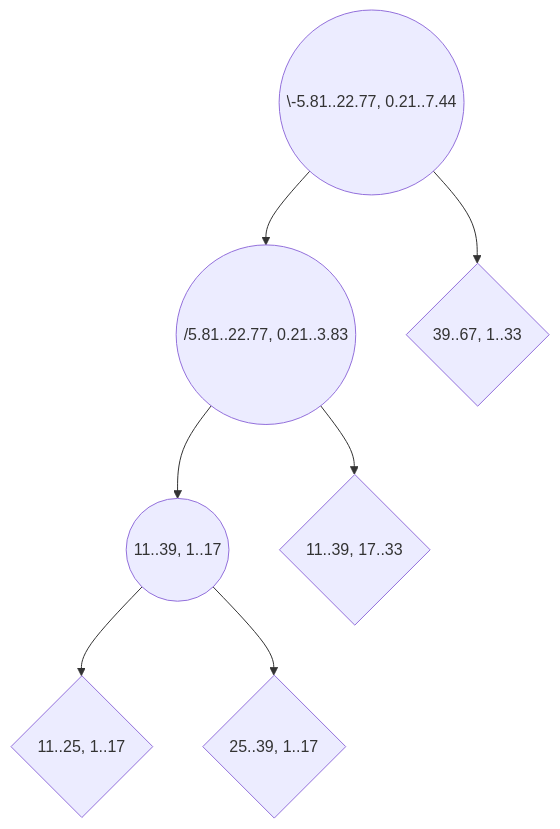
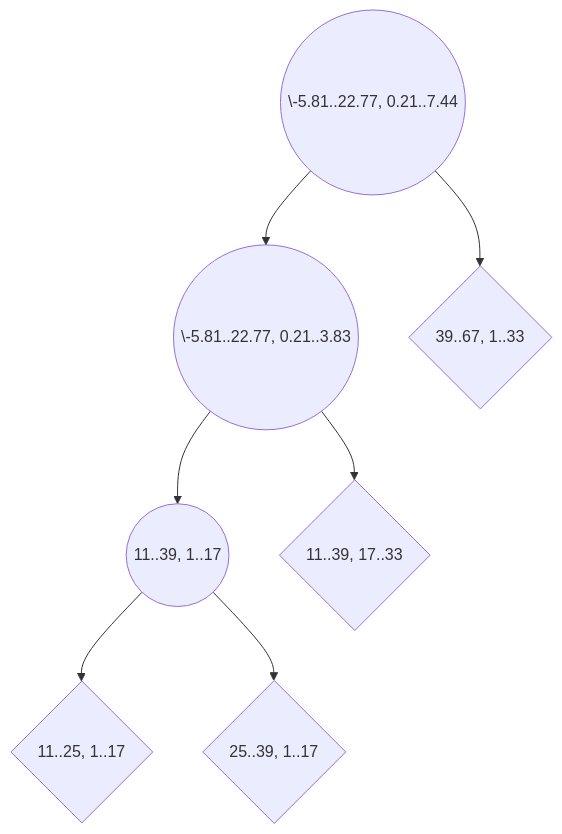
The diagram in clanek.md (chazzka/clanekforest), drawn with Mermaid before and after one commit. The commit also changed other lines of this file, not shown here.

````diff
--- a/clanek.md
+++ b/clanek.md
@@ -281,10 +281,10 @@
 ```mermaid
 graph TB
 A((\-5.81..22.77, 0.21..7.44))
-A --> B((/5.81..22.77, 0.21..3.83)) 
+A --> B((\-5.81..22.77, 0.21..3.83)) 
 A --> C{39..67, 1..33}
 B --> D((11..39, 1..17))
 B --> E{11..39, 17..33}
 D --> F{11..25, 1..17}
 D --> G{25..39, 1..17}
 ```
````
